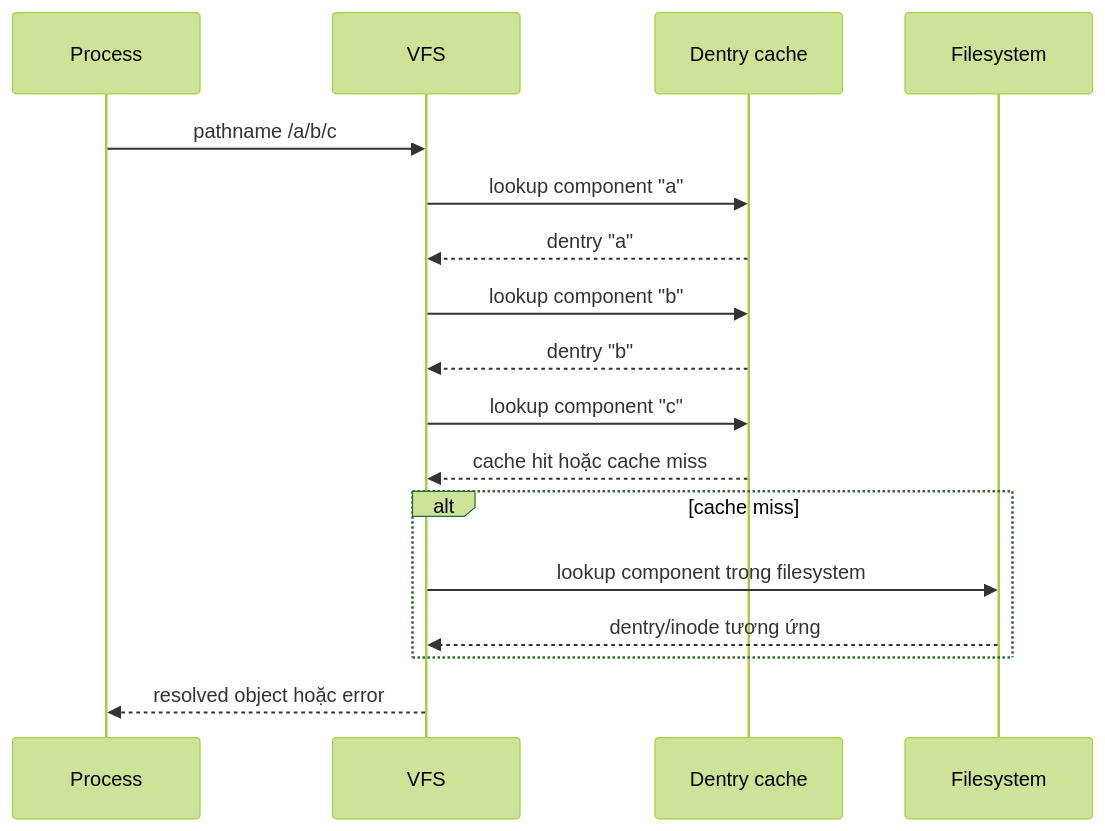
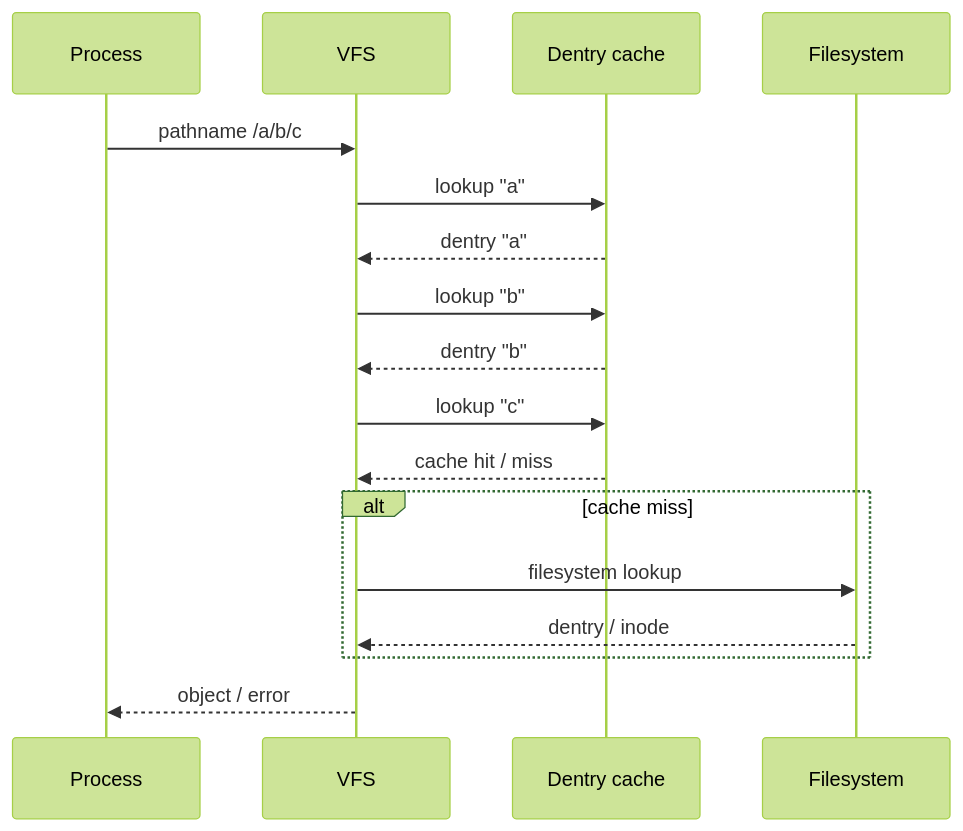
One commit to hai-kevins/embedded-linux changed the diagram in phase-01/README-topic-02.md. Above: the diagram before and after it, drawn with Mermaid (forest theme). The commit also changed 6 other files, not shown here.

````diff
--- a/phase-01/README-topic-02.md
+++ b/phase-01/README-topic-02.md
@@ -215,20 +215,20 @@
 ```mermaid
 sequenceDiagram
     participant P as Process
     participant V as VFS
     participant D as Dentry cache
     participant F as Filesystem
 
     P->>V: pathname /a/b/c
-    V->>D: lookup component "a"
+    V->>D: lookup "a"
     D-->>V: dentry "a"
-    V->>D: lookup component "b"
+    V->>D: lookup "b"
     D-->>V: dentry "b"
-    V->>D: lookup component "c"
-    D-->>V: cache hit hoặc cache miss
+    V->>D: lookup "c"
+    D-->>V: cache hit / miss
     alt cache miss
-        V->>F: lookup component trong filesystem
-        F-->>V: dentry/inode tương ứng
+        V->>F: filesystem lookup
+        F-->>V: dentry / inode
     end
-    V-->>P: resolved object hoặc error
+    V-->>P: object / error
 ```
````
